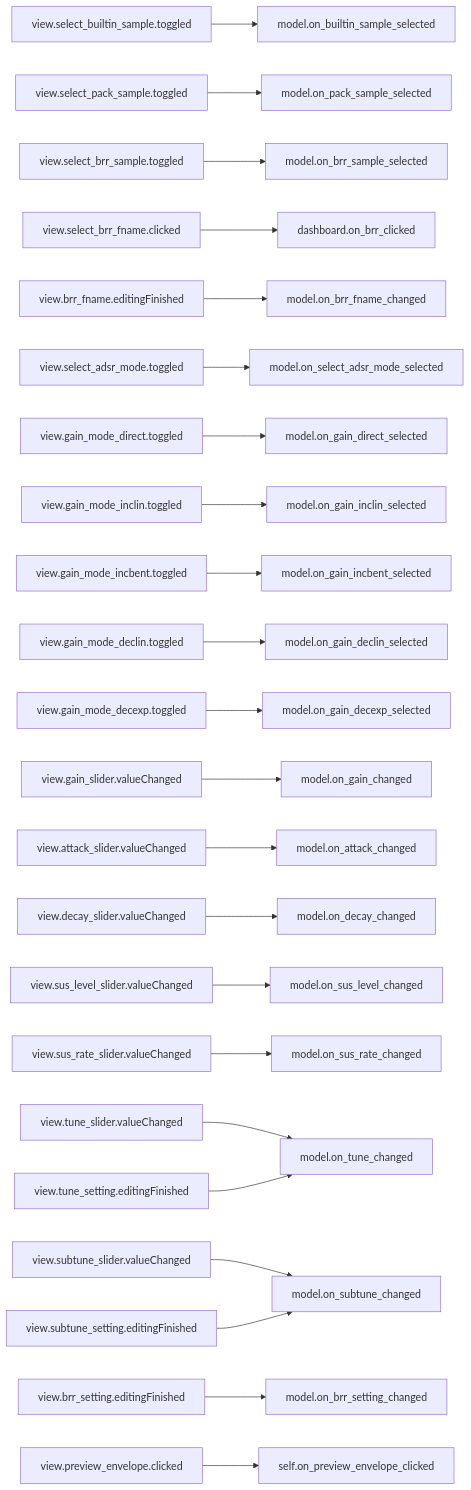
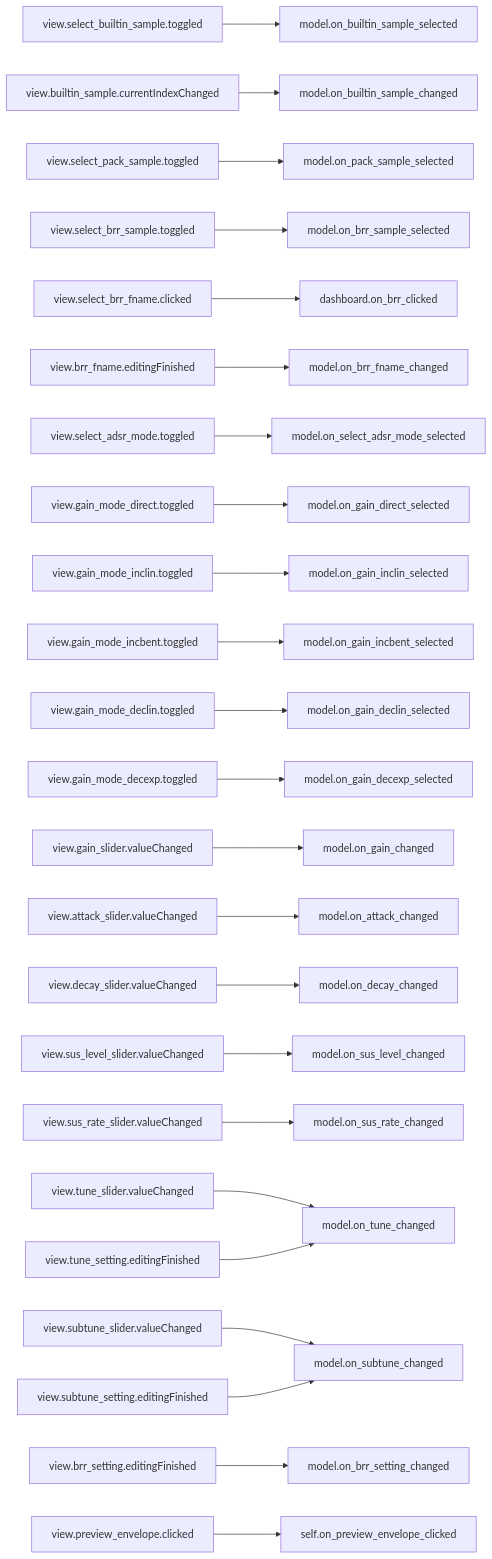
One commit to com-posers-pit/smw_music changed the seventh of 8 diagrams in doc/source/dashboard_signal_slot_map.rst. Above: the diagram before and after it, drawn with Mermaid. The commit also changed 4 other files, not shown here.

Commit message:
Add builtin sample list

```diff
--- a/doc/source/dashboard_signal_slot_map.rst
+++ b/doc/source/dashboard_signal_slot_map.rst
@@ -121,25 +121,26 @@
 .. mermaid::
 
    flowchart LR
       view.select_builtin_sample.toggled --> model.on_builtin_sample_selected
+      view.builtin_sample.currentIndexChanged --> model.on_builtin_sample_changed
       view.select_pack_sample.toggled --> model.on_pack_sample_selected
       view.select_brr_sample.toggled --> model.on_brr_sample_selected
       view.select_brr_fname.clicked --> dashboard.on_brr_clicked
       view.brr_fname.editingFinished --> model.on_brr_fname_changed
       view.select_adsr_mode.toggled --> model.on_select_adsr_mode_selected
       view.gain_mode_direct.toggled --> model.on_gain_direct_selected
       view.gain_mode_inclin.toggled --> model.on_gain_inclin_selected
       view.gain_mode_incbent.toggled --> model.on_gain_incbent_selected
       view.gain_mode_declin.toggled --> model.on_gain_declin_selected
       view.gain_mode_decexp.toggled --> model.on_gain_decexp_selected
       view.gain_slider.valueChanged --> model.on_gain_changed
       view.attack_slider.valueChanged --> model.on_attack_changed
       view.decay_slider.valueChanged --> model.on_decay_changed
       view.sus_level_slider.valueChanged --> model.on_sus_level_changed
       view.sus_rate_slider.valueChanged --> model.on_sus_rate_changed
       view.tune_slider.valueChanged --> model.on_tune_changed
       view.tune_setting.editingFinished --> model.on_tune_changed
       view.subtune_slider.valueChanged --> model.on_subtune_changed
       view.subtune_setting.editingFinished --> model.on_subtune_changed
       view.brr_setting.editingFinished --> model.on_brr_setting_changed
       view.preview_envelope.clicked --> self.on_preview_envelope_clicked
```
